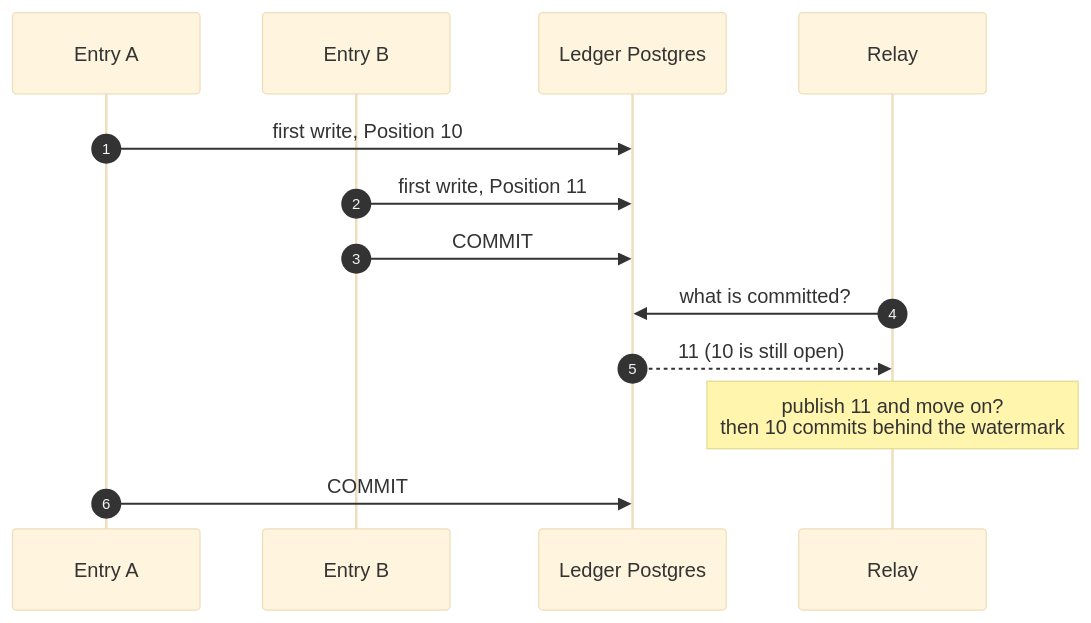
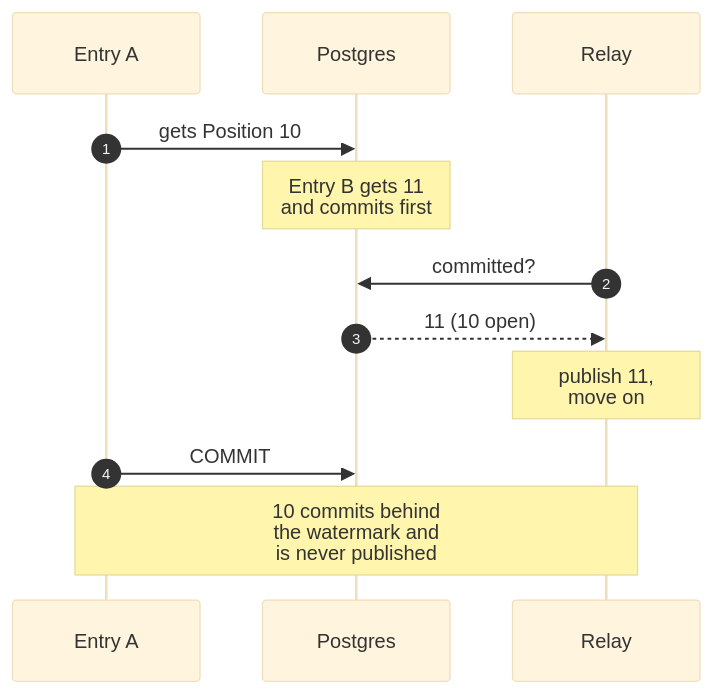
One commit to rishabh0111/rishabh0111.github.io changed the second of 2 diagrams in _posts/blogs/2026-10-23-multitenant-double-entry-ledger.md. Above: the diagram before and after it, drawn with Mermaid (base theme). The commit also changed other lines of this file and 1 other file, not shown here.

First line of the commit message:
blog(ledger): phone-sized diagrams; README: a shape rule for mermaid diagrams

````diff
--- a/_posts/blogs/2026-10-23-multitenant-double-entry-ledger.md
+++ b/_posts/blogs/2026-10-23-multitenant-double-entry-ledger.md
@@ -277,15 +278,14 @@
 ```mermaid
 sequenceDiagram
     autonumber
     participant A as Entry A
-    participant B as Entry B
-    participant DB as Ledger Postgres
+    participant DB as Postgres
     participant R as Relay
-    A->>DB: first write, Position 10
-    B->>DB: first write, Position 11
-    B->>DB: COMMIT
-    R->>DB: what is committed?
-    DB-->>R: 11 (10 is still open)
-    Note over R: publish 11 and move on?<br/>then 10 commits behind the watermark
+    A->>DB: gets Position 10
+    Note over DB: Entry B gets 11<br/>and commits first
+    R->>DB: committed?
+    DB-->>R: 11 (10 open)
+    Note over R: publish 11,<br/>move on
     A->>DB: COMMIT
+    Note over A,R: 10 commits behind<br/>the watermark and<br/>is never published
 ```
````
